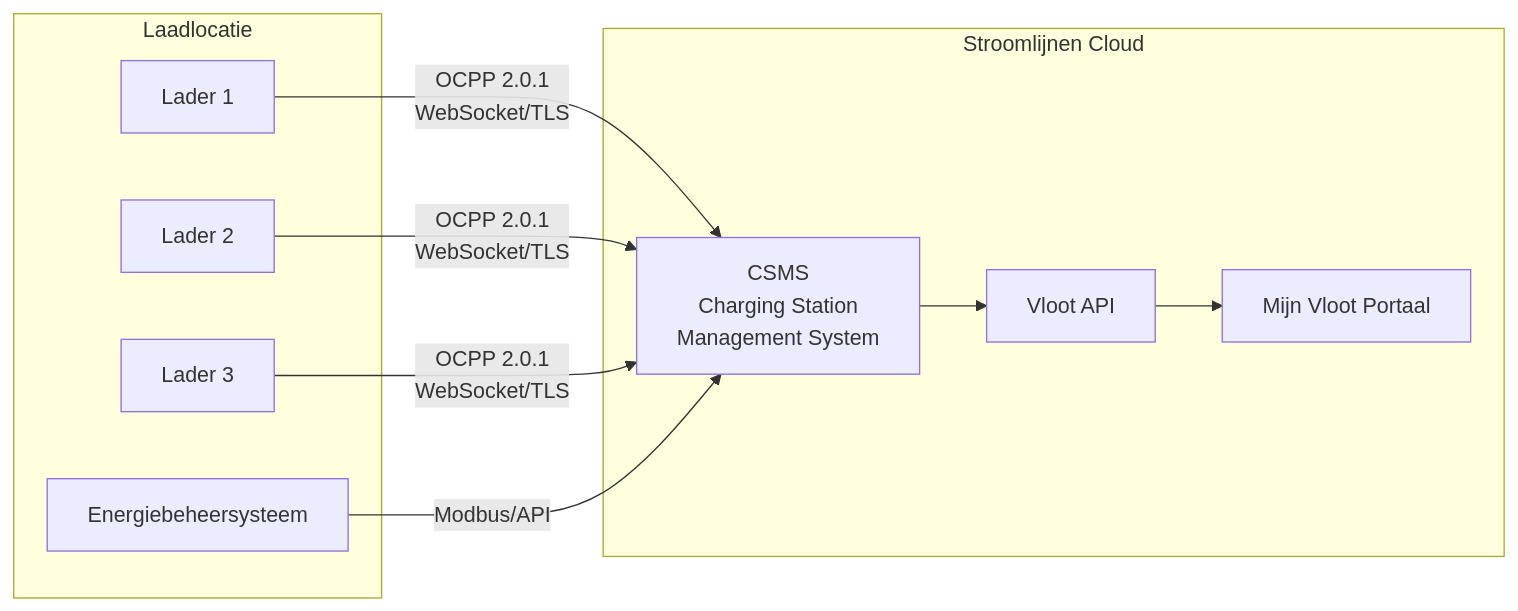
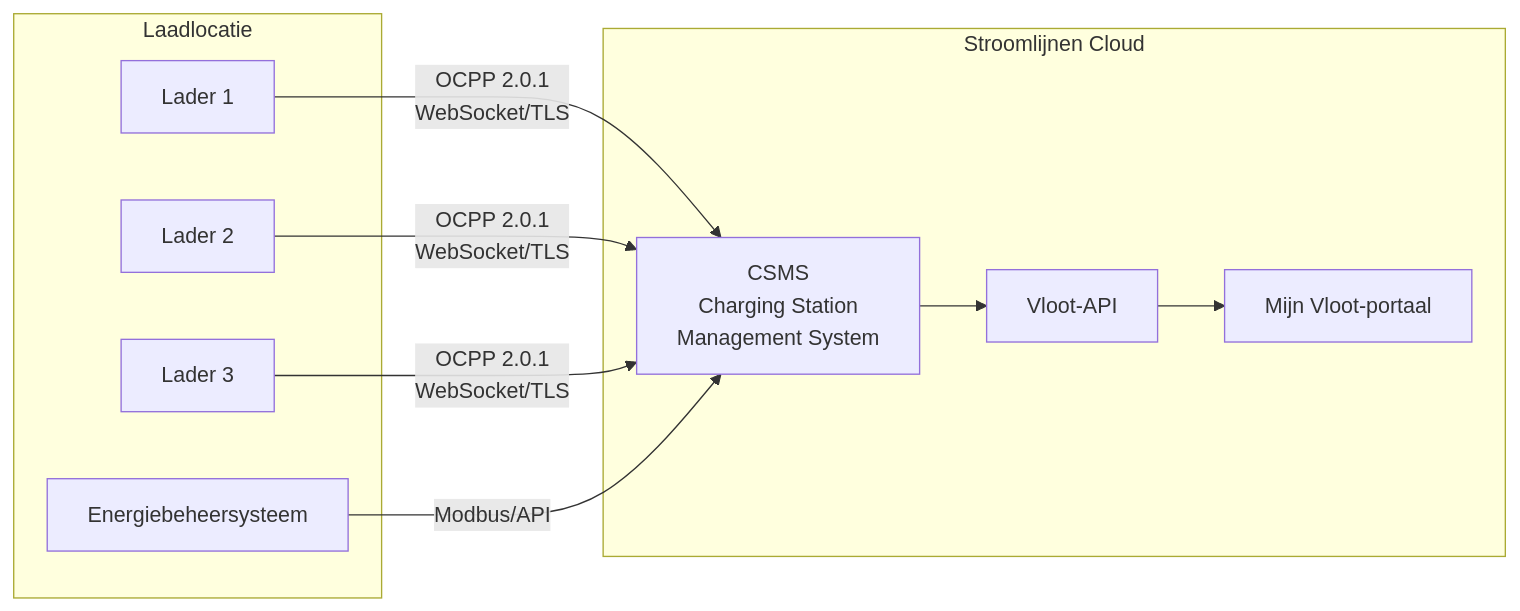
One commit to imichelena/stroomlijnen-docs changed the diagram in docs/technical/ocpp-overview.md. Above: the diagram before and after it, drawn with Mermaid. The commit also changed other lines of this file and 3 other files, not shown here.

````diff
--- a/docs/technical/ocpp-overview.md
+++ b/docs/technical/ocpp-overview.md
@@ -45,22 +45,22 @@
 ```mermaid
 graph LR
     subgraph Stroomlijnen Cloud
         CSMS[CSMS<br/>Charging Station<br/>Management System]
-        API[Vloot API]
-        Portal[Mijn Vloot Portaal]
+        API[Vloot-API]
+        Portal[Mijn Vloot-portaal]
     end
 
     subgraph Laadlocatie
         CS1[Lader 1]
         CS2[Lader 2]
         CS3[Lader 3]
         EMS[Energiebeheersysteem]
     end
 
     CS1 -->|OCPP 2.0.1<br/>WebSocket/TLS| CSMS
     CS2 -->|OCPP 2.0.1<br/>WebSocket/TLS| CSMS
     CS3 -->|OCPP 2.0.1<br/>WebSocket/TLS| CSMS
     EMS -->|Modbus/API| CSMS
     CSMS --> API
     API --> Portal
 ```
````
